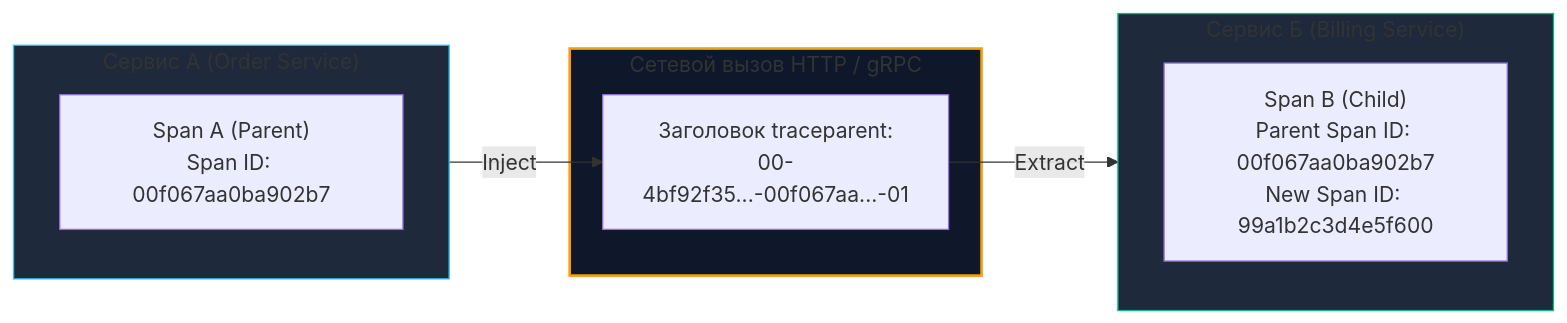
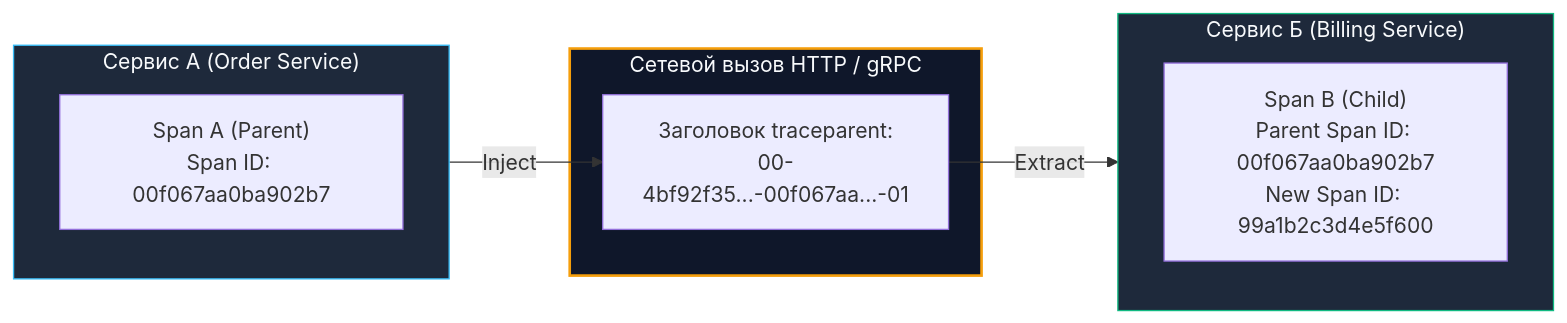
The second of 3 diagrams in sources/10. Проектирование API и Сетевые протоколы/32. Tracing запросов.md (UnrealTemplier/go-textbook), drawn with Mermaid before and after one commit. The commit also changed other lines of this file and 310 other files, not shown here.

First line of the commit message:
fix(mermaid): replace light fill colors with dark palette for readability on dark theme

````diff
--- a/sources/10. Проектирование API и Сетевые протоколы/32. Tracing запросов.md
+++ b/sources/10. Проектирование API и Сетевые протоколы/32. Tracing запросов.md
@@ -139,23 +139,23 @@
 ```mermaid
 flowchart LR
     subgraph S1 ["Сервис А (Order Service)"]
         direction TB
         SpanA["Span A (Parent)<br>Span ID: 00f067aa0ba902b7"]
     end
 
     subgraph Wire ["Сетевой вызов HTTP / gRPC"]
         TP["Заголовок traceparent:<br>00-4bf92f35...-00f067aa...-01"]
     end
 
     subgraph S2 ["Сервис Б (Billing Service)"]
         direction TB
         SpanB["Span B (Child)<br>Parent Span ID: 00f067aa0ba902b7<br>New Span ID: 99a1b2c3d4e5f600"]
     end
 
     SpanA -->|"Inject"| TP
     TP -->|"Extract"| SpanB
 
-    style S1 fill:#1e293b,stroke:#38bdf8,stroke-width:1px
-    style S2 fill:#1e293b,stroke:#10b981,stroke-width:1px
-    style Wire fill:#0f172a,stroke:#f59e0b,stroke-width:2px
+    style S1 fill:#1e293b,stroke:#38bdf8,stroke-width:1px,color:#f8fafc
+    style S2 fill:#1e293b,stroke:#10b981,stroke-width:1px,color:#f8fafc
+    style Wire fill:#0f172a,stroke:#f59e0b,stroke-width:2px,color:#f8fafc
 ```
````
